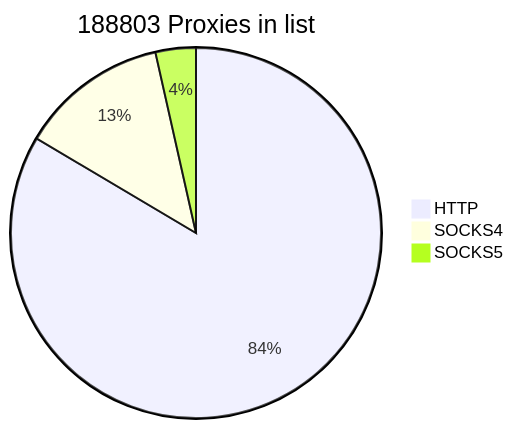
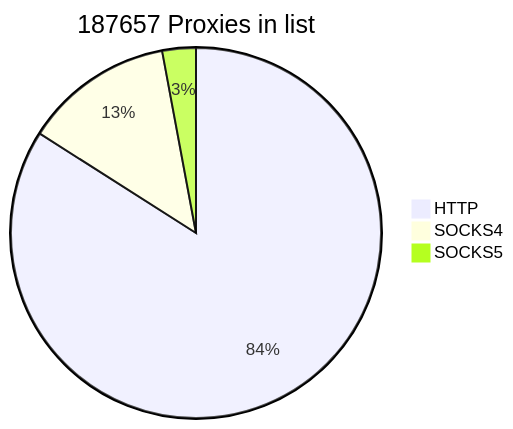
One commit to cutipu/proxylist changed the first of 2 diagrams in README.md. Above: the diagram before and after it, drawn with Mermaid. The commit also changed other lines of this file, not shown here.

````diff
--- a/README.md
+++ b/README.md
@@ -2,7 +2,7 @@
 ```mermaid
-pie title 188803 Proxies in list
+pie title 187657 Proxies in list
     "HTTP" : 157670
     "SOCKS4" : 24488
-    "SOCKS5" : 6645
+    "SOCKS5" : 5499
             
 ```
````
